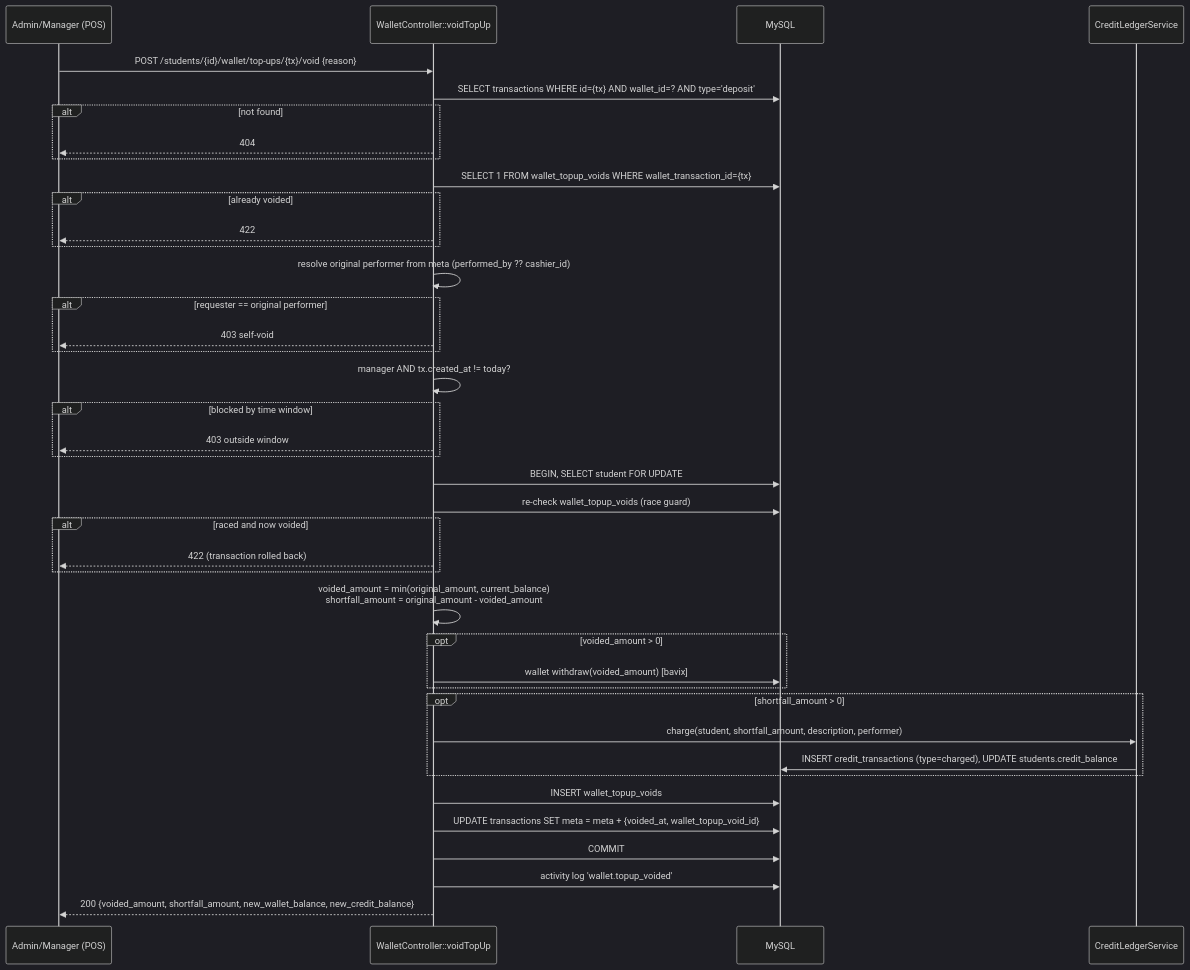
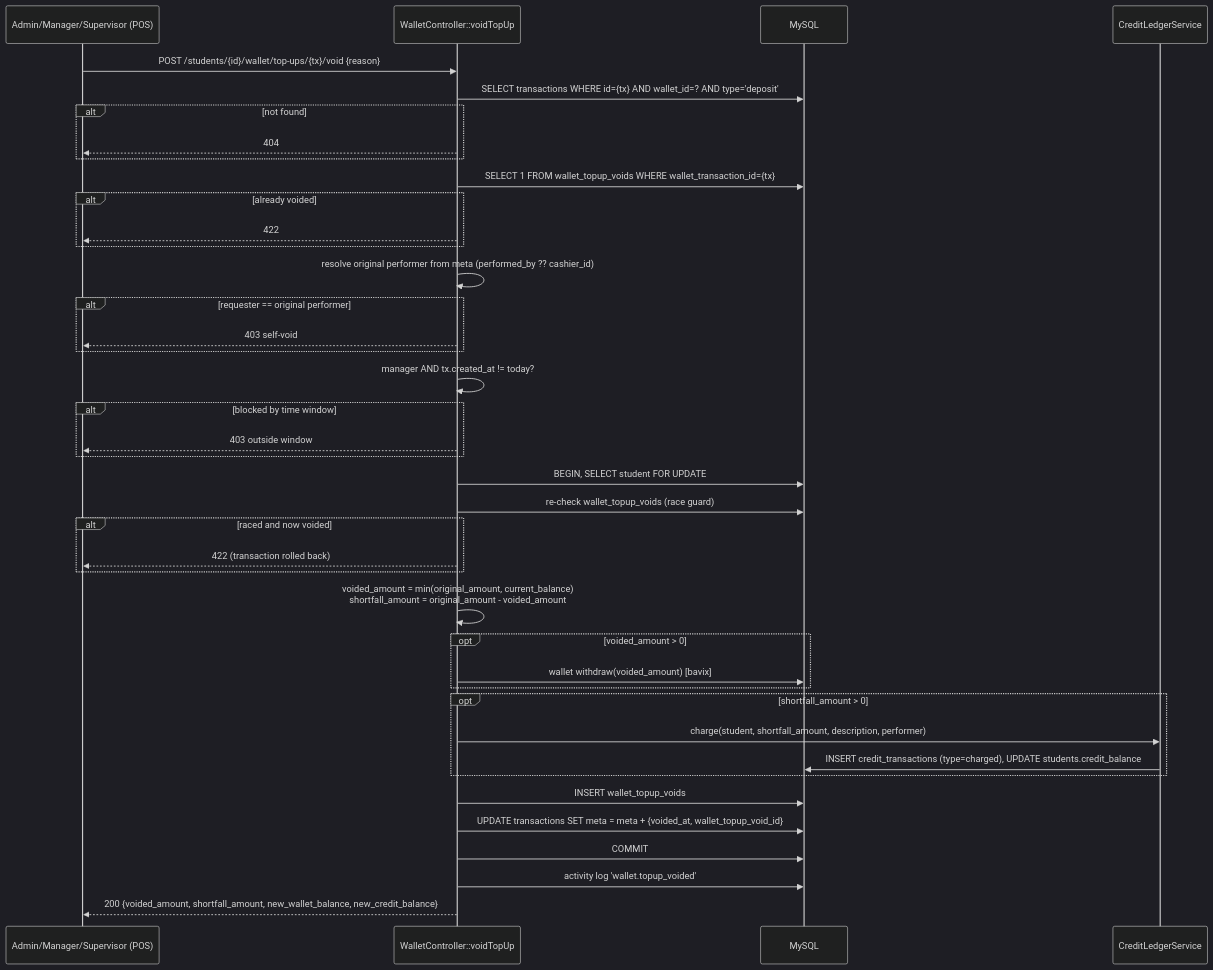
The first of 2 diagrams in .kiro/specs/15-wallet-topup-void/design.md (jvcayao/sunbites-api), drawn with Mermaid (dark theme) before and after one commit. The commit also changed other lines of this file and 25 other files, not shown here.

````diff
--- a/.kiro/specs/15-wallet-topup-void/design.md
+++ b/.kiro/specs/15-wallet-topup-void/design.md
@@ -19,43 +19,43 @@
 ```mermaid
 sequenceDiagram
-    participant Staff as Admin/Manager (POS)
+    participant Staff as Admin/Manager/Supervisor (POS)
     participant API as WalletController::voidTopUp
     participant DB as MySQL
     participant Credit as CreditLedgerService
 
     Staff->>API: POST /students/{id}/wallet/top-ups/{tx}/void {reason}
     API->>DB: SELECT transactions WHERE id={tx} AND wallet_id=? AND type='deposit'
     alt not found
         API-->>Staff: 404
     end
     API->>DB: SELECT 1 FROM wallet_topup_voids WHERE wallet_transaction_id={tx}
     alt already voided
         API-->>Staff: 422
     end
     API->>API: resolve original performer from meta (performed_by ?? cashier_id)
     alt requester == original performer
         API-->>Staff: 403 self-void
     end
     API->>API: manager AND tx.created_at != today?
     alt blocked by time window
         API-->>Staff: 403 outside window
     end
     API->>DB: BEGIN, SELECT student FOR UPDATE
     API->>DB: re-check wallet_topup_voids (race guard)
     alt raced and now voided
         API-->>Staff: 422 (transaction rolled back)
     end
     API->>API: voided_amount = min(original_amount, current_balance)<br/>shortfall_amount = original_amount - voided_amount
     opt voided_amount > 0
         API->>DB: wallet withdraw(voided_amount) [bavix]
     end
     opt shortfall_amount > 0
         API->>Credit: charge(student, shortfall_amount, description, performer)
         Credit->>DB: INSERT credit_transactions (type=charged), UPDATE students.credit_balance
     end
     API->>DB: INSERT wallet_topup_voids
     API->>DB: UPDATE transactions SET meta = meta + {voided_at, wallet_topup_void_id}
     API->>DB: COMMIT
     API->>DB: activity log 'wallet.topup_voided'
     API-->>Staff: 200 {voided_amount, shortfall_amount, new_wallet_balance, new_credit_balance}
 ```
````
